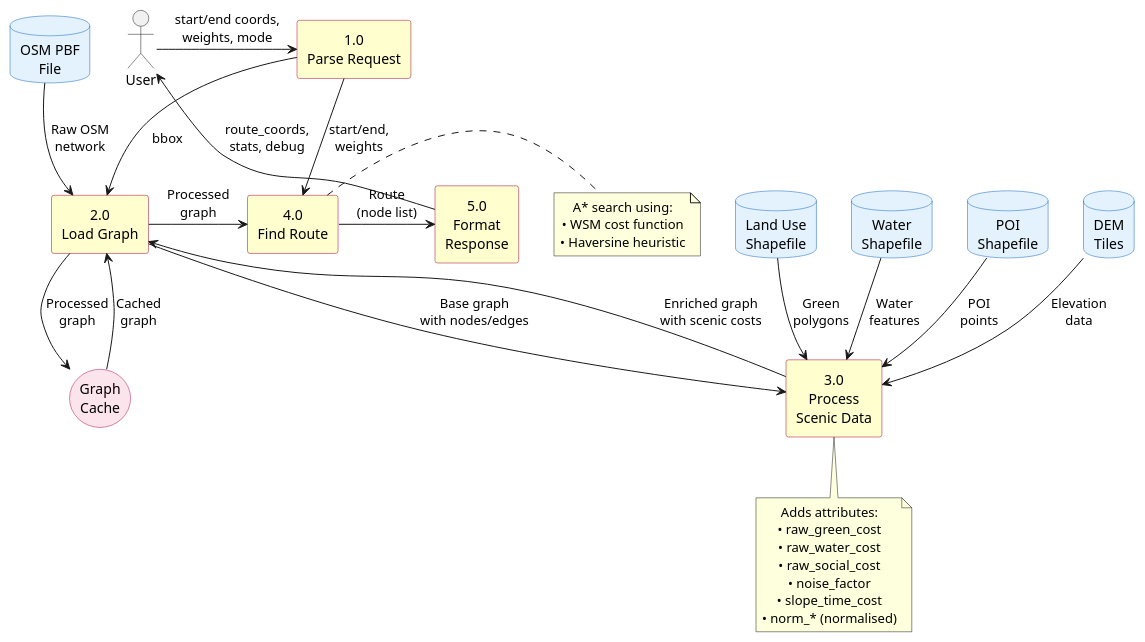
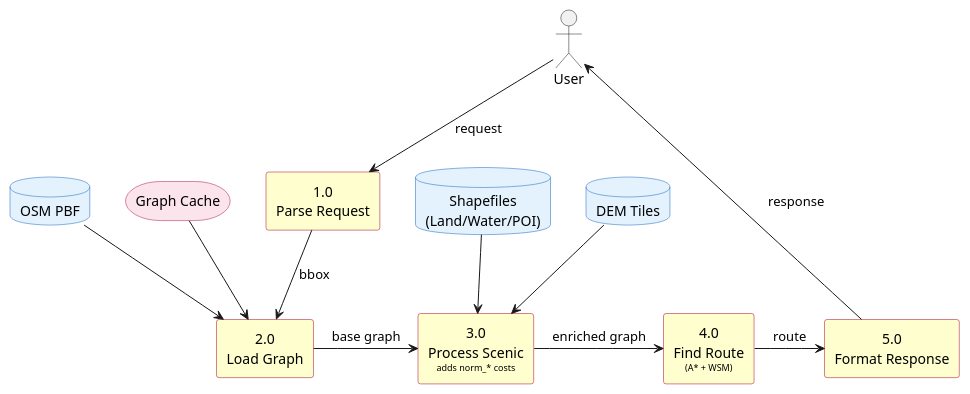
The diagram in docs/poster_diagrams/data_flow.md (Chimpyr/pathfinder-project), drawn with PlantUML before and after one commit. The commit also changed 1 other file, not shown here.

Commit message:
updated diagrams

````diff
--- a/docs/poster_diagrams/data_flow.md
+++ b/docs/poster_diagrams/data_flow.md
@@ -3,80 +3,59 @@
 ```plantuml
 @startuml DataFlowDiagram
 skinparam shadowing false
 skinparam defaultTextAlignment center
 
 ' Define styles
 skinparam rectangle {
     BackgroundColor #FEFECE
     BorderColor #A80036
 }
 
 skinparam database {
     BackgroundColor #E3F2FD
     BorderColor #1565C0
 }
 
 skinparam storage {
     BackgroundColor #FCE4EC
     BorderColor #AD1457
 }
 
 ' External entities
 actor "User" as User
 
-' Data stores
-database "OSM PBF\nFile" as OSMPBF
-database "Land Use\nShapefile" as LandUseSHP
-database "Water\nShapefile" as WaterSHP
-database "POI\nShapefile" as POISSHP
-database "DEM\nTiles" as DEMTiles
-storage "Graph\nCache" as GraphCache
+' Data stores (top row)
+database "OSM PBF" as OSMPBF
+storage "Graph Cache" as GraphCache
+database "Shapefiles\n(Land/Water/POI)" as SHP
+database "DEM Tiles" as DEMTiles
 
-' Processes
+' Processes (bottom row, left to right)
 rectangle "1.0\nParse Request" as P1
 rectangle "2.0\nLoad Graph" as P2
-rectangle "3.0\nProcess\nScenic Data" as P3
-rectangle "4.0\nFind Route" as P4
-rectangle "5.0\nFormat\nResponse" as P5
+rectangle "3.0\nProcess Scenic\n<size:9>adds norm_* costs</size>" as P3
+rectangle "4.0\nFind Route\n<size:9>(A* + WSM)</size>" as P4
+rectangle "5.0\nFormat Response" as P5
 
-' Data flows
-User -right-> P1 : start/end coords,\nweights, mode
+' Layout hints - force horizontal process alignment
+P1 -[hidden]right-> P2
+P2 -[hidden]right-> P3
+P3 -[hidden]right-> P4
+P4 -[hidden]right-> P5
+
+' Data stores to processes (vertical, clean)
+OSMPBF -down-> P2
+GraphCache -down-> P2
+SHP -down-> P3
+DEMTiles -down-> P3
+
+' Process flow
+User -down-> P1 : request
 P1 -down-> P2 : bbox
-
-OSMPBF --> P2 : Raw OSM\nnetwork
-P2 --> GraphCache : Processed\ngraph
-
-GraphCache --> P2 : Cached\ngraph
-
-LandUseSHP --> P3 : Green\npolygons
-WaterSHP --> P3 : Water\nfeatures
-POISSHP --> P3 : POI\npoints
-DEMTiles --> P3 : Elevation\ndata
-
-P2 --> P3 : Base graph\nwith nodes/edges
-P3 --> P2 : Enriched graph\nwith scenic costs
-
-P2 -right-> P4 : Processed\ngraph
-P1 -right-> P4 : start/end,\nweights
-
-P4 -right-> P5 : Route\n(node list)
-P5 --> User : route_coords,\nstats, debug
-
-note bottom of P3
-  Adds attributes:
-  • raw_green_cost
-  • raw_water_cost
-  • raw_social_cost
-  • noise_factor
-  • slope_time_cost
-  • norm_* (normalised)
-end note
-
-note right of P4
-  A* search using:
-  • WSM cost function
-  • Haversine heuristic
-end note
+P2 -right-> P3 : base graph
+P3 -right-> P4 : enriched graph
+P4 -right-> P5 : route
+P5 -up-> User : response
 
 @enduml
 ```
````
